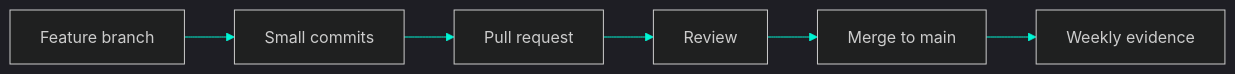
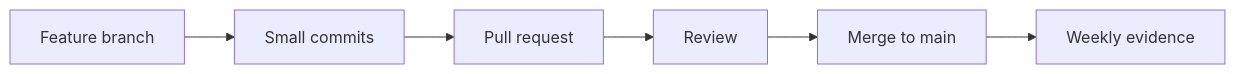
Before and after one commit to ratnsharma21/MediFinder: the fifth of 5 diagrams in README.md, drawn with Mermaid. The commit also changed other lines of this file, not shown here.

````diff
--- a/README.md
+++ b/README.md
@@ -905,9 +1097,8 @@
 ```mermaid
-%%{init: {'theme':'dark','themeVariables': {'primaryColor':'#0f766e','lineColor':'#00f5d4','primaryTextColor':'#ccfbf1'}}}%%
 flowchart LR
-  F["Feature branch"] --> C["Small commits"]
-  C --> P["Pull request"]
-  P --> R["Review"]
-  R --> M["Merge to main"]
-  M --> W["Weekly evidence"]
+  A[Feature branch] --> B[Small commits]
+  B --> C[Pull request]
+  C --> D[Review]
+  D --> E[Merge to main]
+  E --> F[Weekly evidence]
 ```
````
